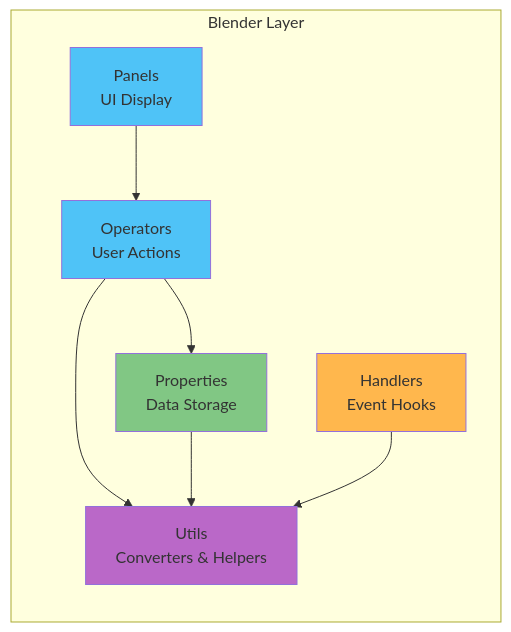
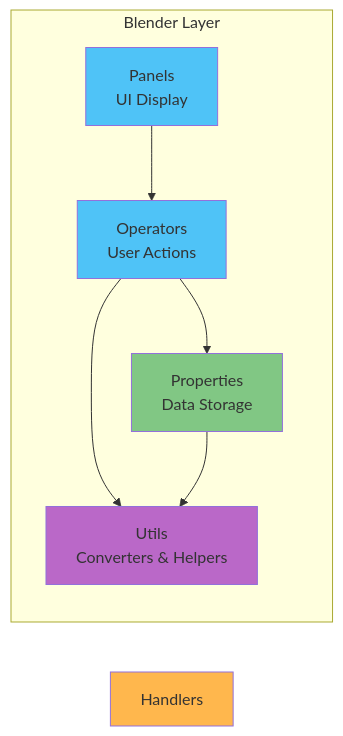
Before and after one commit to julianmueller/linkforge: the second of 8 diagrams in ARCHITECTURE.md, drawn with Mermaid. The commit also changed other lines of this file, not shown here.

Commit message:
docs: update ARCHITECTURE.md to reflect handler removal

````diff
--- a/ARCHITECTURE.md
+++ b/ARCHITECTURE.md
@@ -68,22 +68,20 @@
 ```mermaid
 graph LR
     subgraph "Blender Layer"
         Panels[Panels<br/>UI Display]
         Operators[Operators<br/>User Actions]
         Properties[Properties<br/>Data Storage]
-        Handlers[Handlers<br/>Event Hooks]
         Utils[Utils<br/>Converters & Helpers]
     end
 
     Panels --> Operators
     Operators --> Properties
     Operators --> Utils
     Properties --> Utils
-    Handlers --> Utils
 
     style Panels fill:#4fc3f7
     style Operators fill:#4fc3f7
     style Properties fill:#81c784
     style Handlers fill:#ffb74d
     style Utils fill:#ba68c8
 ```
````
